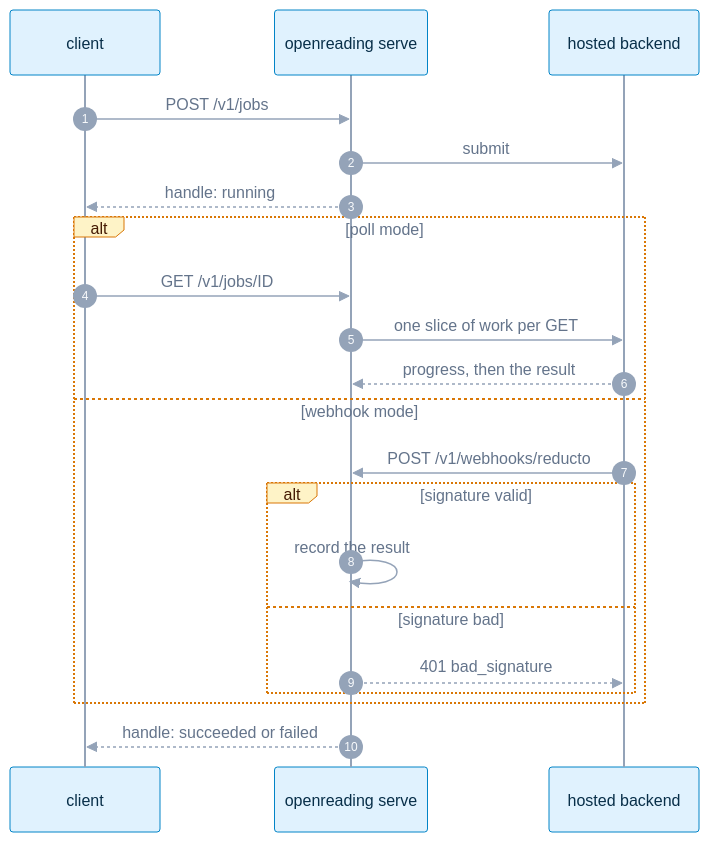
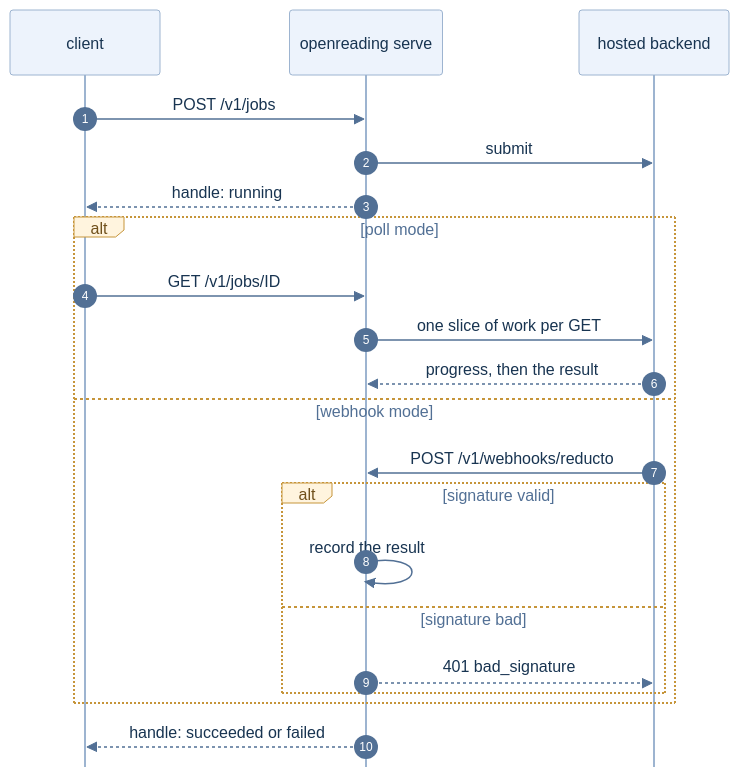
Before and after one commit to openreading-ai/openreading-core: the diagram in src/openreading/server/README.md, drawn with Mermaid. The commit also changed other lines of this file and 35 other files, not shown here.

First line of the commit message:
docs: unify README diagrams and add tutorial website (#43)

````diff
--- a/src/openreading/server/README.md
+++ b/src/openreading/server/README.md
@@ -46,24 +55,24 @@
 ```mermaid
-%%{init: {"theme":"base","themeVariables":{"fontFamily":"ui-sans-serif, system-ui, -apple-system, Segoe UI, Roboto, sans-serif","fontSize":"14px","actorBkg":"#e0f2fe","actorBorder":"#0284c7","actorTextColor":"#082f49","actorLineColor":"#94a3b8","signalColor":"#94a3b8","signalTextColor":"#64748b","labelBoxBkgColor":"#fef3c7","labelBoxBorderColor":"#d97706","labelTextColor":"#451a03","loopTextColor":"#64748b","noteBkgColor":"#f3e8ff","noteBorderColor":"#9333ea","noteTextColor":"#3b0764","sequenceNumberColor":"#f8fafc","altSectionBkgColor":"#f8fafc80","activationBkgColor":"#ccfbf1","activationBorderColor":"#0d9488"}}}%%
+%%{init: {"theme":"base","fontFamily":"Arial","deterministicIds":true,"deterministicIDSeed":"openreading","htmlLabels":false,"themeVariables":{"fontFamily":"Arial","fontSize":"17px","lineColor":"#8194ad","textColor":"#183451","primaryTextColor":"#183451","primaryColor":"#edf3fc","primaryBorderColor":"#9db4d0","edgeLabelBackground":"#ffffff","clusterBkg":"#f5f8fc","clusterBorder":"#d7e1ee","titleColor":"#183451","actorBkg":"#edf3fc","actorBorder":"#9db4d0","actorTextColor":"#183451","actorLineColor":"#9db4d0","signalColor":"#527095","signalTextColor":"#183451","labelBoxBkgColor":"#fff4de","labelBoxBorderColor":"#c6953a","labelTextColor":"#70501b","loopTextColor":"#527095","noteBkgColor":"#edf3fc","noteBorderColor":"#9db4d0","noteTextColor":"#183451","sequenceNumberColor":"#ffffff","activationBkgColor":"#e7f3ee","activationBorderColor":"#679780"},"flowchart":{"curve":"monotoneY","nodeSpacing":32,"rankSpacing":48,"padding":18,"useMaxWidth":true},"sequence":{"useMaxWidth":true,"actorMargin":65,"messageMargin":38,"mirrorActors":false}}}%%
 sequenceDiagram
   autonumber
   participant C as client
   participant S as openreading serve
   participant B as hosted backend
   C->>S: POST /v1/jobs
   S->>B: submit
   S-->>C: handle: running
   alt poll mode
     C->>S: GET /v1/jobs/ID
     S->>B: one slice of work per GET
     B-->>S: progress, then the result
   else webhook mode
     B->>S: POST /v1/webhooks/reducto
     alt signature valid
       S->>S: record the result
     else signature bad
       S-->>B: 401 bad_signature
     end
   end
   S-->>C: handle: succeeded or failed
 ```
````
